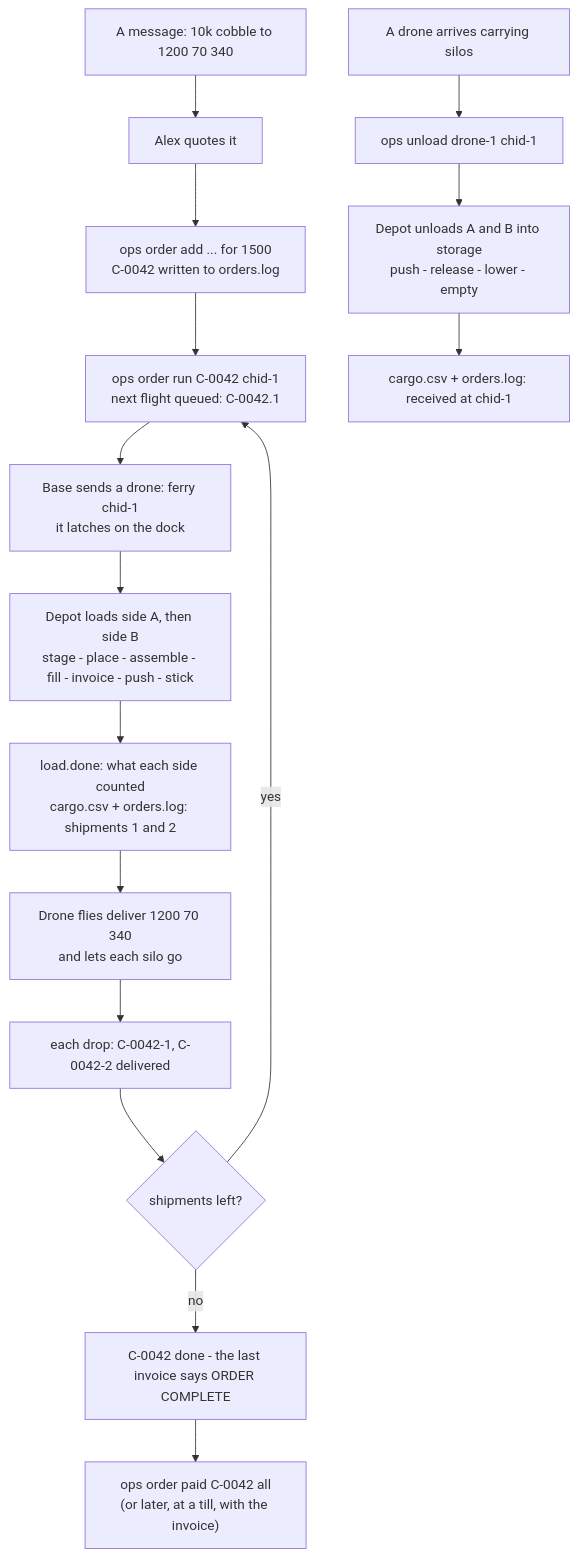
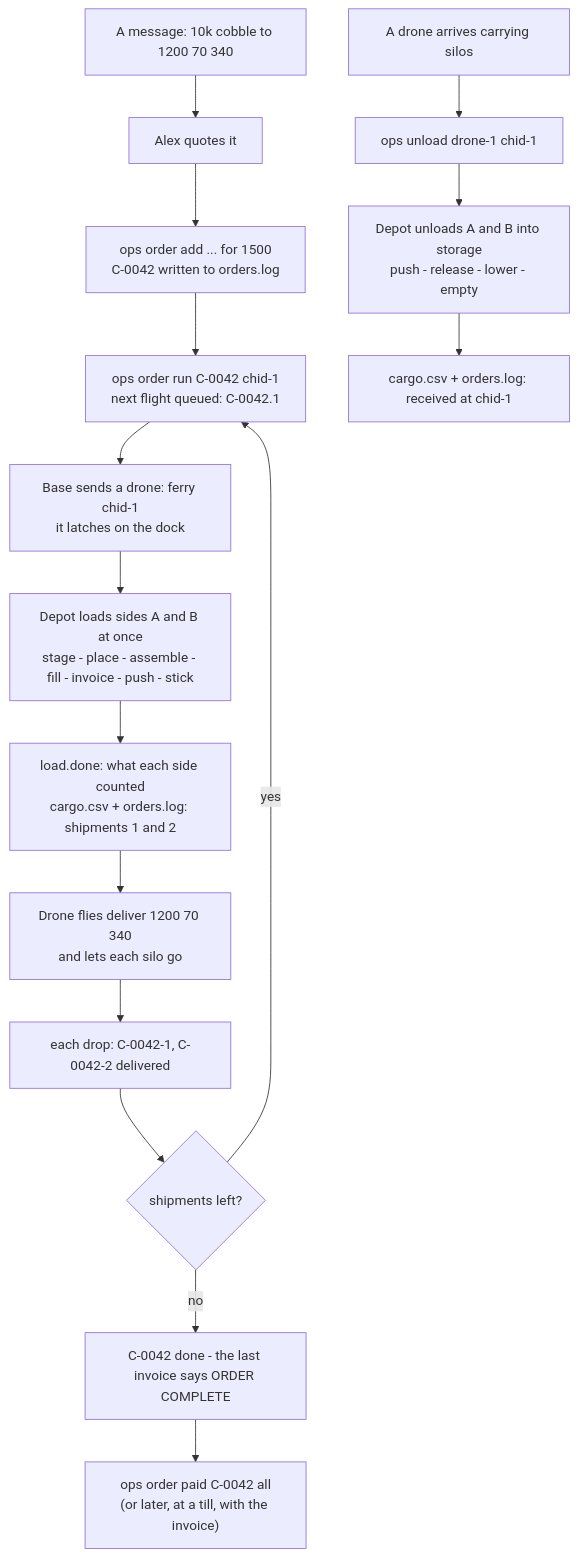
One commit to antrathent-sys/Chill-Grill-DroneNet changed the first of 2 diagrams in WORKFLOW.md. Above: the diagram before and after it, drawn with Mermaid. The commit also changed other lines of this file and 8 other files, not shown here.

First line of the commit message:
A/B dock: both sides at once, one stick for both

````diff
--- a/WORKFLOW.md
+++ b/WORKFLOW.md
@@ -45,18 +45,18 @@
 ```mermaid
 flowchart TD
   MSG["A message: 10k cobble to 1200 70 340"] --> QUOTE["Alex quotes it"]
   QUOTE --> ADD["ops order add ... for 1500<br/>C-0042 written to orders.log"]
   ADD --> RUN["ops order run C-0042 chid-1<br/>next flight queued: C-0042.1"]
   RUN --> FERRY["Base sends a drone: ferry chid-1<br/>it latches on the dock"]
-  FERRY --> LOAD["Depot loads side A, then side B<br/>stage - place - assemble - fill - invoice - push - stick"]
+  FERRY --> LOAD["Depot loads sides A and B at once<br/>stage - place - assemble - fill - invoice - push - stick"]
   LOAD --> REC1["load.done: what each side counted<br/>cargo.csv + orders.log: shipments 1 and 2"]
   REC1 --> DROP["Drone flies deliver 1200 70 340<br/>and lets each silo go"]
   DROP --> REC2["each drop: C-0042-1, C-0042-2 delivered"]
   REC2 --> MORE{"shipments left?"}
   MORE -- yes --> RUN
   MORE -- no --> DONE["C-0042 done - the last invoice says ORDER COMPLETE"]
   DONE --> PAID["ops order paid C-0042 all<br/>(or later, at a till, with the invoice)"]
   IN["A drone arrives carrying silos"] --> UNL["ops unload drone-1 chid-1"]
   UNL --> EMPTY["Depot unloads A and B into storage<br/>push - release - lower - empty"]
   EMPTY --> RCV["cargo.csv + orders.log: received at chid-1"]
 ```
````
